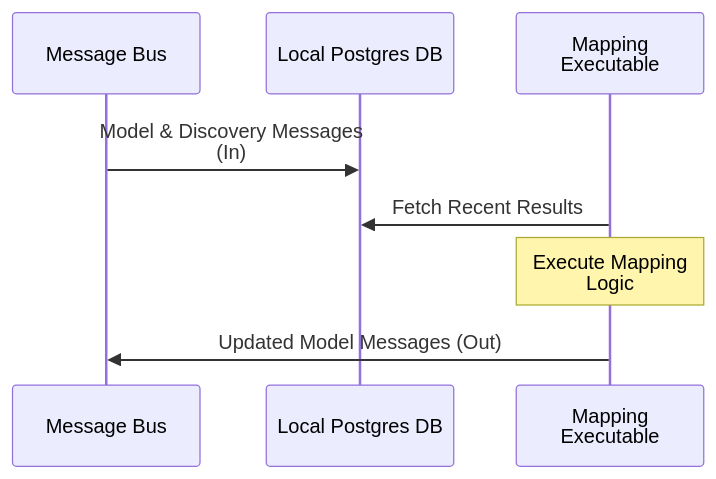
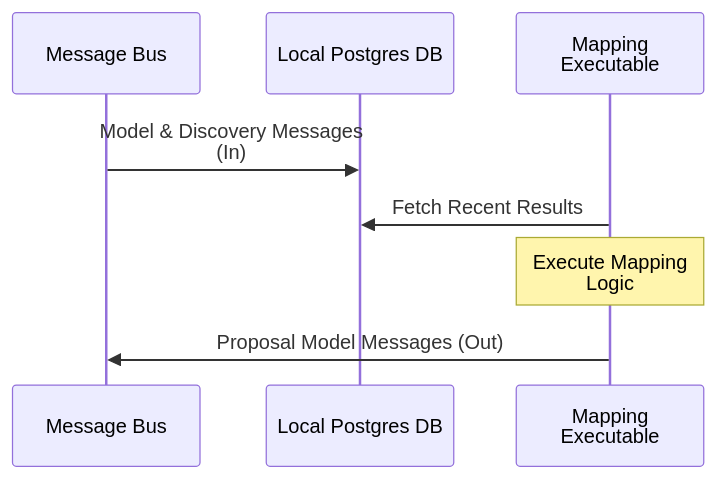
One commit to grafnu/udmi changed the second of 2 diagrams in docs/specs/mapping.md. Above: the diagram before and after it, drawn with Mermaid. The commit also changed other lines of this file, not shown here.

First line of the commit message:
Update mapping spec intro and use Proposal Model Messages

````diff
--- a/docs/specs/mapping.md
+++ b/docs/specs/mapping.md
@@ -59,12 +61,12 @@
 ```mermaid
 sequenceDiagram
   %%{wrap}%%
   participant MessageBus as Message Bus
   participant Postgres as Local Postgres DB
   participant Logic as Mapping Executable
   
   MessageBus->>Postgres: Model & Discovery Messages (In)
   Logic->>Postgres: Fetch Recent Results
   Note over Logic: Execute Mapping Logic
-  Logic->>MessageBus: Updated Model Messages (Out)
+  Logic->>MessageBus: Proposal Model Messages (Out)
 ```
````
